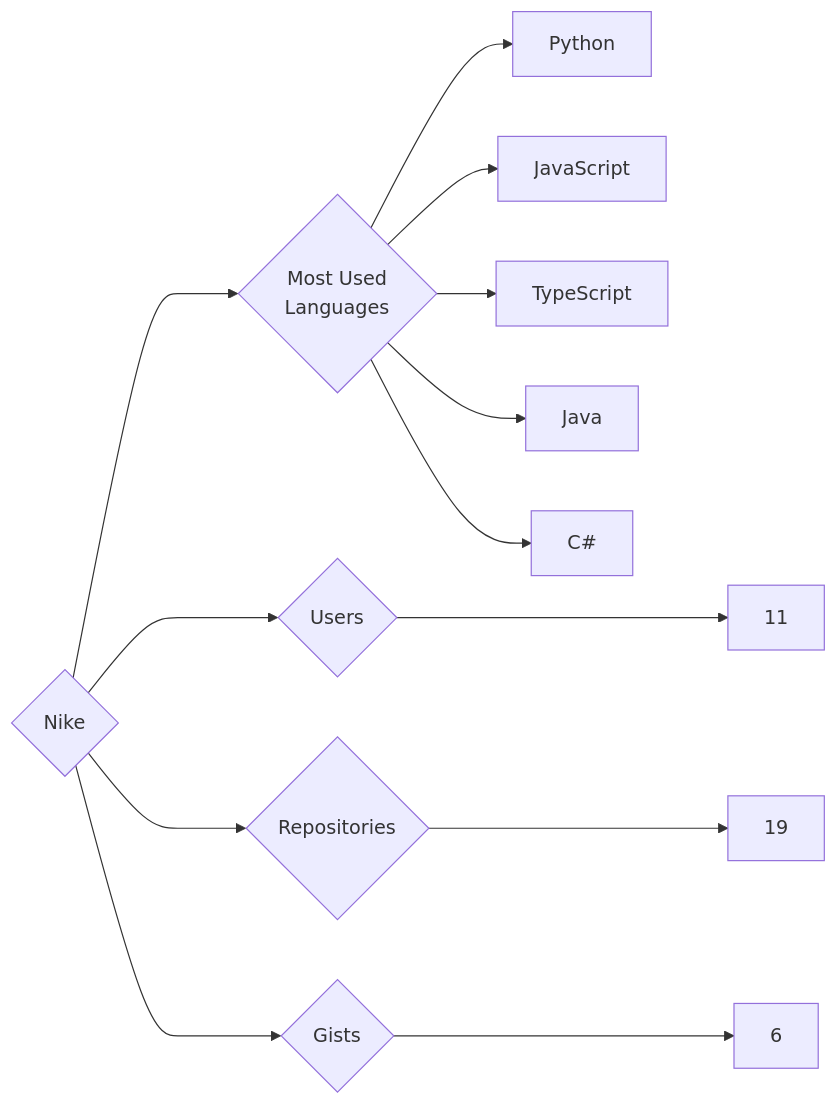
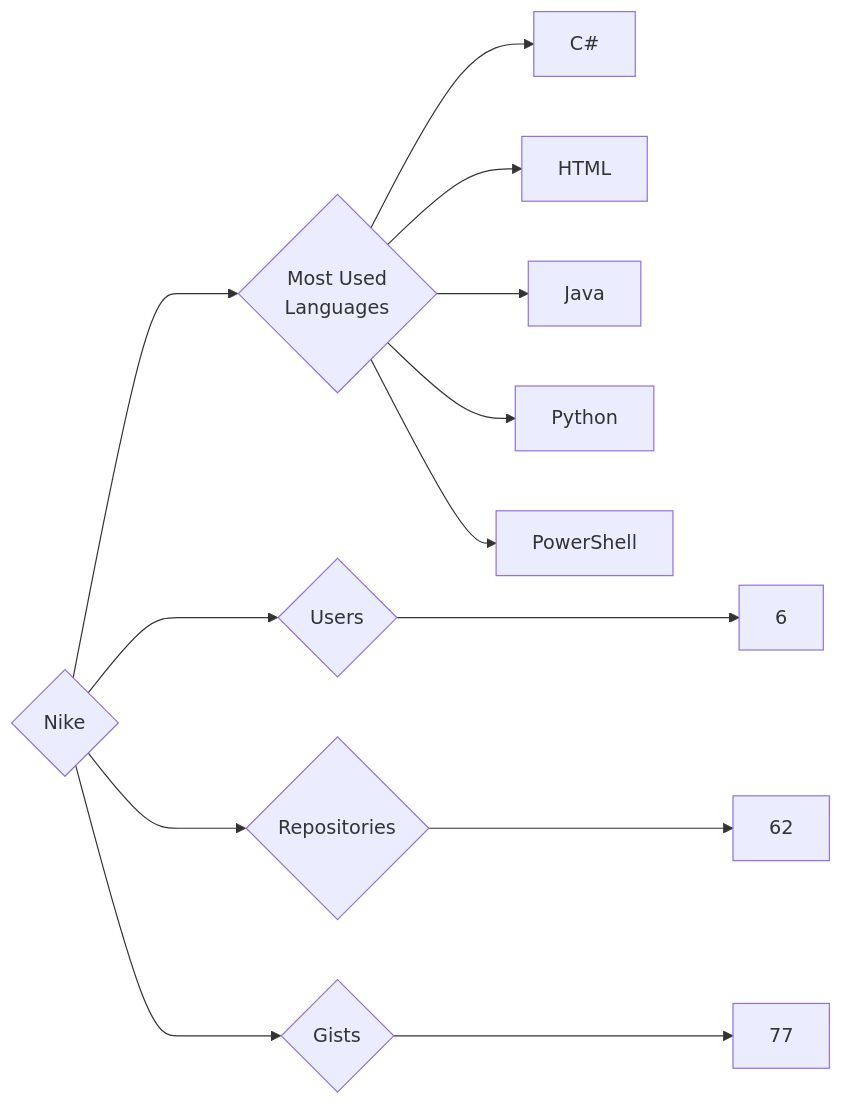
The diagram in targets/Nike/README.md (trickest/insiders), drawn with Mermaid before and after one commit. The commit also changed 681 other files, not shown here.

````diff
--- a/targets/Nike/README.md
+++ b/targets/Nike/README.md
@@ -3,13 +3,13 @@
 ```mermaid
 graph LR
 COMPANY_NAME{Nike}
-COMPANY_NAME ---> U{Users} ---> UN[11]
-COMPANY_NAME ---> R{Repositories} ---> RN[19]
-COMPANY_NAME ---> G{Gists} ---> GN[6]
+COMPANY_NAME ---> U{Users} ---> UN[6]
+COMPANY_NAME ---> R{Repositories} ---> RN[62]
+COMPANY_NAME ---> G{Gists} ---> GN[77]
 COMPANY_NAME ---> ML{Most Used<br>Languages}
+ML --> C#[C#]
+ML --> HTML[HTML]
+ML --> Java[Java]
 ML --> Python[Python]
-ML --> JavaScript[JavaScript]
-ML --> TypeScript[TypeScript]
-ML --> Java[Java]
-ML --> C#[C#]
+ML --> PowerShell[PowerShell]
 ```
````
